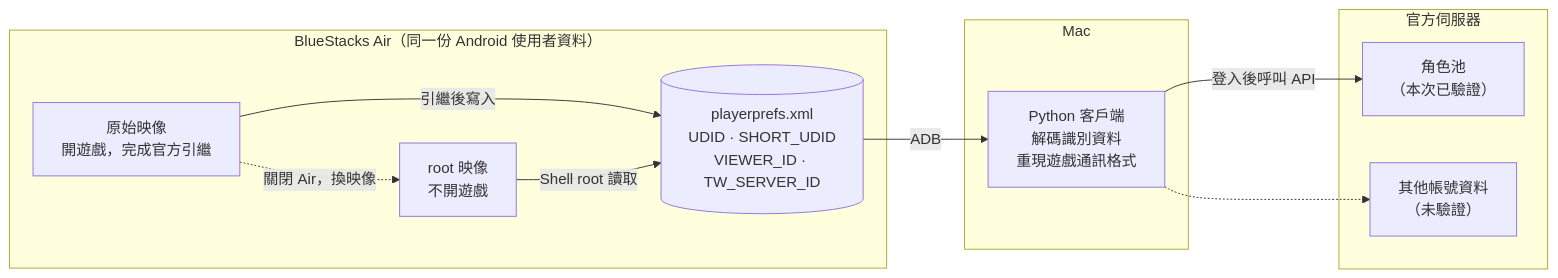
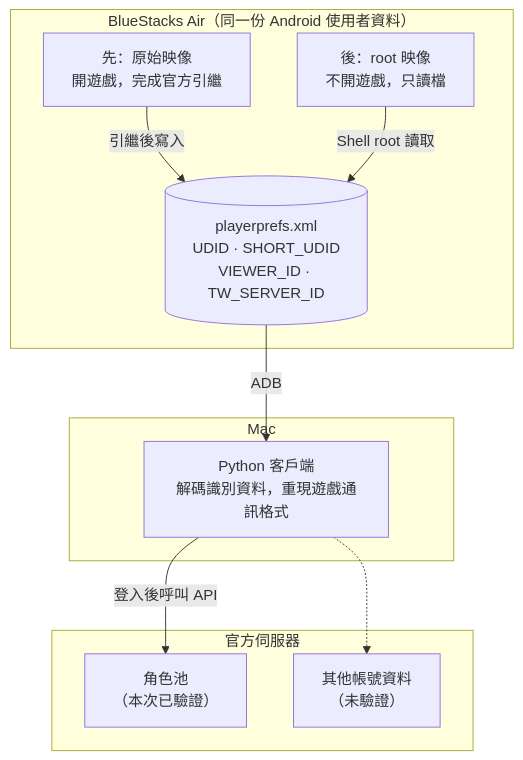
The diagram in README.md (WilliamCHIU-ETH/pcr-tw-mac-login), drawn with Mermaid before and after one commit.

Commit message:
docs: stack mechanism diagram vertically in four rows
GitHub scaled the horizontal diagram down until its labels were
unreadable. Placing both boot images on the same row keeps the vertical
layout to four rows.

````diff
--- a/README.md
+++ b/README.md
@@ -28,21 +28,20 @@
 ```mermaid
-flowchart LR
+flowchart TB
     subgraph AIR["BlueStacks Air（同一份 Android 使用者資料）"]
-        A["原始映像<br/>開遊戲，完成官方引繼"]
-        B["root 映像<br/>不開遊戲"]
+        A["先：原始映像<br/>開遊戲，完成官方引繼"]
+        B["後：root 映像<br/>不開遊戲，只讀檔"]
         P[("playerprefs.xml<br/>UDID · SHORT_UDID<br/>VIEWER_ID · TW_SERVER_ID")]
         A -->|"引繼後寫入"| P
-        A -.->|"關閉 Air，換映像"| B
         B -->|"Shell root 讀取"| P
     end
     subgraph MAC["Mac"]
-        C["Python 客戶端<br/>解碼識別資料<br/>重現遊戲通訊格式"]
+        C["Python 客戶端<br/>解碼識別資料，重現遊戲通訊格式"]
     end
     subgraph SRV["官方伺服器"]
         F["角色池<br/>（本次已驗證）"]
         G["其他帳號資料<br/>（未驗證）"]
     end
     P -->|"ADB"| C
     C -->|"登入後呼叫 API"| F
     C -.-> G
 ```
````
